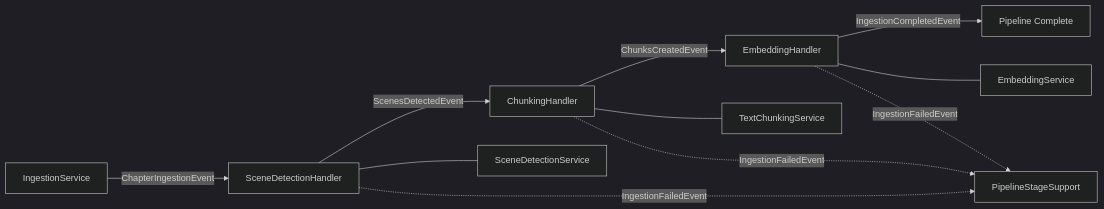
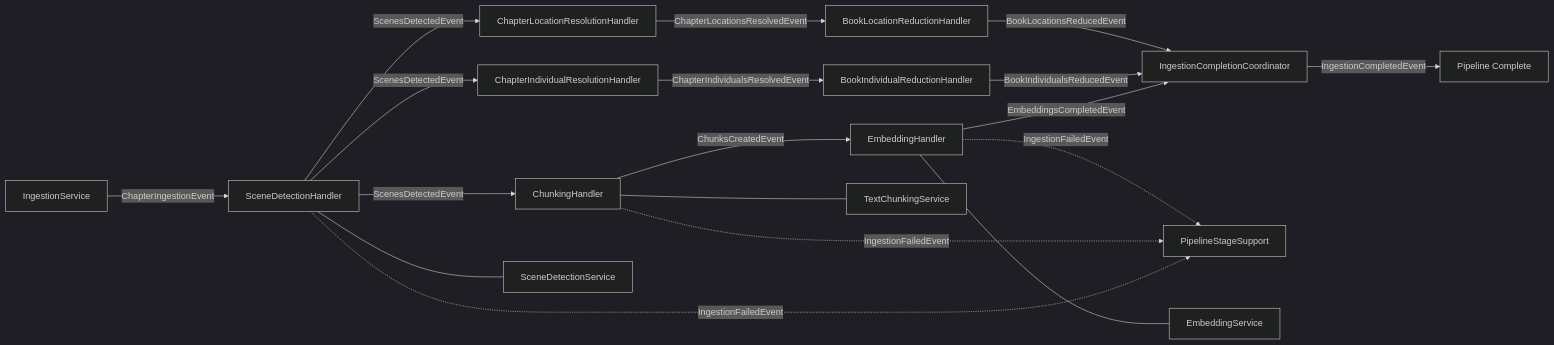
Before and after one commit to chaixdev/lorevault-kb: the first of 2 diagrams in docs/patterns/ingestion-pipeline.md, drawn with Mermaid (dark theme). The commit also changed other lines of this file and 5 other files, not shown here.

````diff
--- a/docs/patterns/ingestion-pipeline.md
+++ b/docs/patterns/ingestion-pipeline.md
@@ -13,15 +13,22 @@
 ```mermaid
 graph LR
     IngestionService["IngestionService"] -->|"ChapterIngestionEvent"| SceneDetectionHandler["SceneDetectionHandler"]
     SceneDetectionHandler -->|"ScenesDetectedEvent"| ChunkingHandler["ChunkingHandler"]
+    SceneDetectionHandler -->|"ScenesDetectedEvent"| ChapterIndividualResolutionHandler["ChapterIndividualResolutionHandler"]
+    SceneDetectionHandler -->|"ScenesDetectedEvent"| ChapterLocationResolutionHandler["ChapterLocationResolutionHandler"]
     ChunkingHandler -->|"ChunksCreatedEvent"| EmbeddingHandler["EmbeddingHandler"]
-    EmbeddingHandler -->|"IngestionCompletedEvent"| Done["Pipeline Complete"]
+    EmbeddingHandler -->|"EmbeddingsCompletedEvent"| Completion["IngestionCompletionCoordinator"]
+    ChapterIndividualResolutionHandler -->|"ChapterIndividualsResolvedEvent"| BookIndividualReductionHandler["BookIndividualReductionHandler"]
+    BookIndividualReductionHandler -->|"BookIndividualsReducedEvent"| Completion
+    ChapterLocationResolutionHandler -->|"ChapterLocationsResolvedEvent"| BookLocationReductionHandler["BookLocationReductionHandler"]
+    BookLocationReductionHandler -->|"BookLocationsReducedEvent"| Completion
+    Completion -->|"IngestionCompletedEvent"| Done["Pipeline Complete"]
     
     SceneDetectionHandler -.->|"IngestionFailedEvent"| PipelineStageSupport["PipelineStageSupport"]
     ChunkingHandler -.->|"IngestionFailedEvent"| PipelineStageSupport
     EmbeddingHandler -.->|"IngestionFailedEvent"| PipelineStageSupport
     
     SceneDetectionHandler --- SceneDetectionService["SceneDetectionService"]
     ChunkingHandler --- TextChunkingService["TextChunkingService"]
     EmbeddingHandler --- EmbeddingService["EmbeddingService"]
 ```
````
